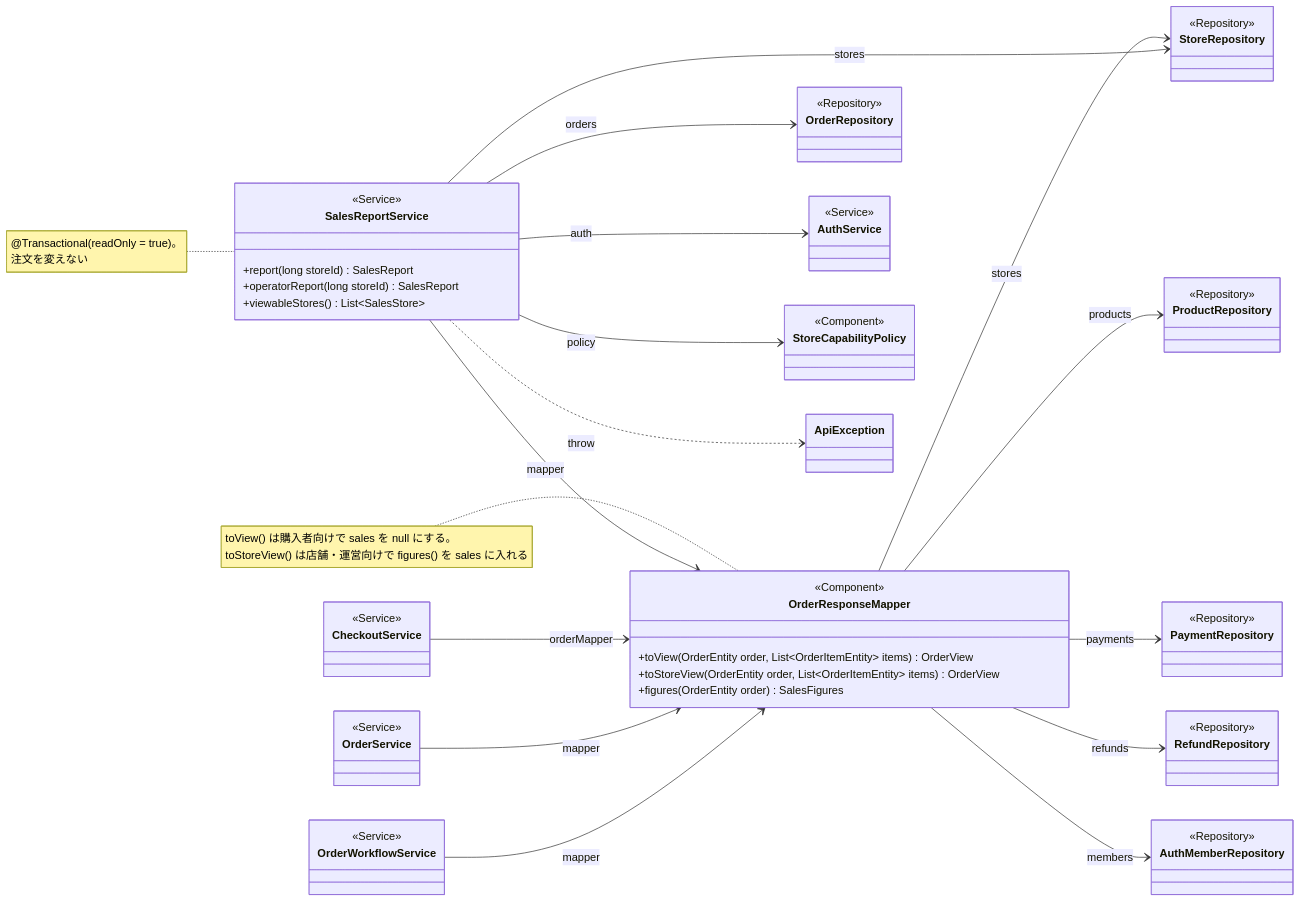
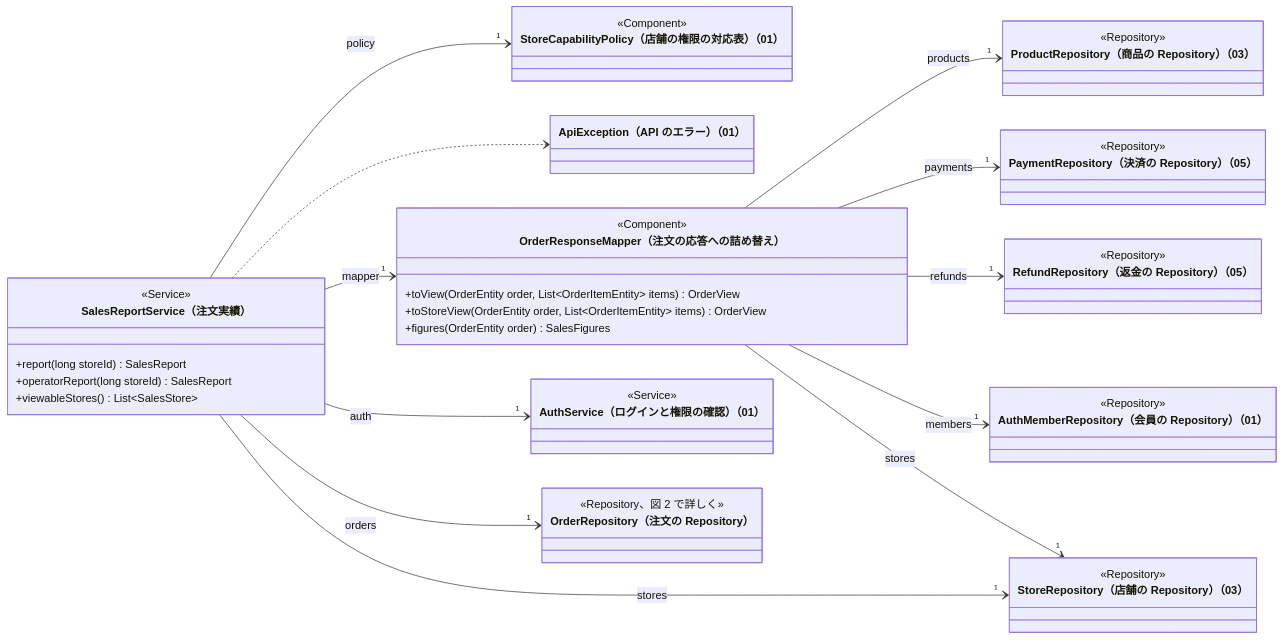
The sixth of 11 diagrams in クラス図/kusakari-ec/04_カートと注文.md (abeouga/kusakari-document), drawn with Mermaid before and after one commit. The commit also changed other lines of this file and 87 other files, not shown here.

Commit message:
EC のクラス図に全体図を足し、詳細図をデータとモジュールの図に分けて書き直す

````diff
--- a/クラス図/kusakari-ec/04_カートと注文.md
+++ b/クラス図/kusakari-ec/04_カートと注文.md
@@ -496,68 +612,53 @@
 ```mermaid
 classDiagram
   direction LR
-  class OrderResponseMapper {
-    <<Component>>
-    +toView(OrderEntity order, List~OrderItemEntity~ items) OrderView
-    +toStoreView(OrderEntity order, List~OrderItemEntity~ items) OrderView
-    +figures(OrderEntity order) SalesFigures
+  class StoreRepository["StoreRepository（店舗の Repository）（03）"] {
+  <<Repository>>
   }
-  class SalesReportService {
-    <<Service>>
-    +report(long storeId) SalesReport
-    +operatorReport(long storeId) SalesReport
-    +viewableStores() List~SalesStore~
+  class ApiException["ApiException（API のエラー）（01）"]
+  class OrderResponseMapper["OrderResponseMapper（注文の応答への詰め替え）"] {
+  <<Component>>
+  +toView(OrderEntity order, List~OrderItemEntity~ items) OrderView
+  +toStoreView(OrderEntity order, List~OrderItemEntity~ items) OrderView
+  +figures(OrderEntity order) SalesFigures
   }
-  class OrderRepository {
-    <<Repository>>
+  class OrderRepository["OrderRepository（注文の Repository）"] {
+  <<Repository、図 2 で詳しく>>
   }
-  class ProductRepository {
-    <<Repository>>
+  class AuthService["AuthService（ログインと権限の確認）（01）"] {
+  <<Service>>
   }
-  class PaymentRepository {
-    <<Repository>>
+  class PaymentRepository["PaymentRepository（決済の Repository）（05）"] {
+  <<Repository>>
   }
-  class RefundRepository {
-    <<Repository>>
+  class RefundRepository["RefundRepository（返金の Repository）（05）"] {
+  <<Repository>>
   }
-  class StoreRepository {
-    <<Repository>>
+  class ProductRepository["ProductRepository（商品の Repository）（03）"] {
+  <<Repository>>
   }
-  class AuthMemberRepository {
-    <<Repository>>
+  class StoreCapabilityPolicy["StoreCapabilityPolicy（店舗の権限の対応表）（01）"] {
+  <<Component>>
   }
-  class AuthService {
-    <<Service>>
+  class AuthMemberRepository["AuthMemberRepository（会員の Repository）（01）"] {
+  <<Repository>>
   }
-  class StoreCapabilityPolicy {
-    <<Component>>
+  class SalesReportService["SalesReportService（注文実績）"] {
+  <<Service>>
+  +report(long storeId) SalesReport
+  +operatorReport(long storeId) SalesReport
+  +viewableStores() List~SalesStore~
   }
-  class CheckoutService {
-    <<Service>>
-  }
-  class OrderService {
-    <<Service>>
-  }
-  class OrderWorkflowService {
-    <<Service>>
-  }
-  class ApiException
 
-  OrderResponseMapper --> ProductRepository : products
-  OrderResponseMapper --> PaymentRepository : payments
-  OrderResponseMapper --> RefundRepository : refunds
-  OrderResponseMapper --> StoreRepository : stores
-  OrderResponseMapper --> AuthMemberRepository : members
-  SalesReportService --> AuthService : auth
-  SalesReportService --> StoreCapabilityPolicy : policy
-  SalesReportService --> StoreRepository : stores
-  SalesReportService --> OrderRepository : orders
-  SalesReportService --> OrderResponseMapper : mapper
-  SalesReportService ..> ApiException : throw
-  CheckoutService --> OrderResponseMapper : orderMapper
-  OrderService --> OrderResponseMapper : mapper
-  OrderWorkflowService --> OrderResponseMapper : mapper
-
-  note for OrderResponseMapper "toView() は購入者向けで sales を null にする。<br/>toStoreView() は店舗・運営向けで figures() を sales に入れる"
-  note for SalesReportService "@Transactional(readOnly = true)。<br/>注文を変えない"
+  SalesReportService --> "1" StoreCapabilityPolicy : policy
+  OrderResponseMapper --> "1" ProductRepository : products
+  OrderResponseMapper --> "1" PaymentRepository : payments
+  SalesReportService ..> ApiException
+  OrderResponseMapper --> "1" RefundRepository : refunds
+  SalesReportService --> "1" OrderResponseMapper : mapper
+  SalesReportService --> "1" AuthService : auth
+  SalesReportService --> "1" OrderRepository : orders
+  OrderResponseMapper --> "1" AuthMemberRepository : members
+  SalesReportService --> "1" StoreRepository : stores
+  OrderResponseMapper --> "1" StoreRepository : stores
 ```
````
